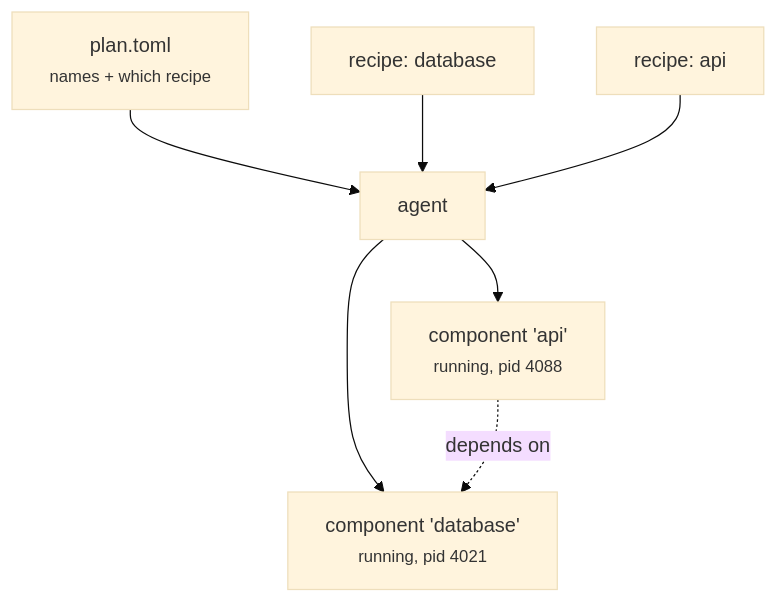
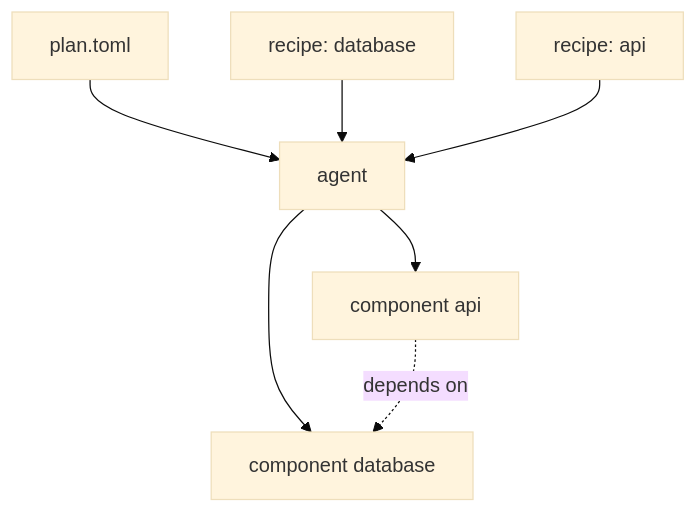
The diagram in site/content/basics/key-ideas.md (carlosprados/keystone), drawn with Mermaid (base theme) before and after one commit. The commit also changed other lines of this file and 58 other files, not shown here.

First line of the commit message:
docs: generated OpenAPI reference, examples chapter, legible diagrams

````diff
--- a/site/content/basics/key-ideas.md
+++ b/site/content/basics/key-ideas.md
@@ -77,16 +75,16 @@
 ```mermaid
-flowchart TD
-    P["plan.toml<br/><small>names + which recipe</small>"]
+flowchart TB
+    P["plan.toml"]
     R1["recipe: database"]
     R2["recipe: api"]
     A["agent"]
-    C1["component 'database'<br/><small>running, pid 4021</small>"]
-    C2["component 'api'<br/><small>running, pid 4088</small>"]
+    C1["component database"]
+    C2["component api"]
 
     P --> A
     R1 --> A
     R2 --> A
     A --> C1
     A --> C2
     C2 -. "depends on" .-> C1
 ```
````
